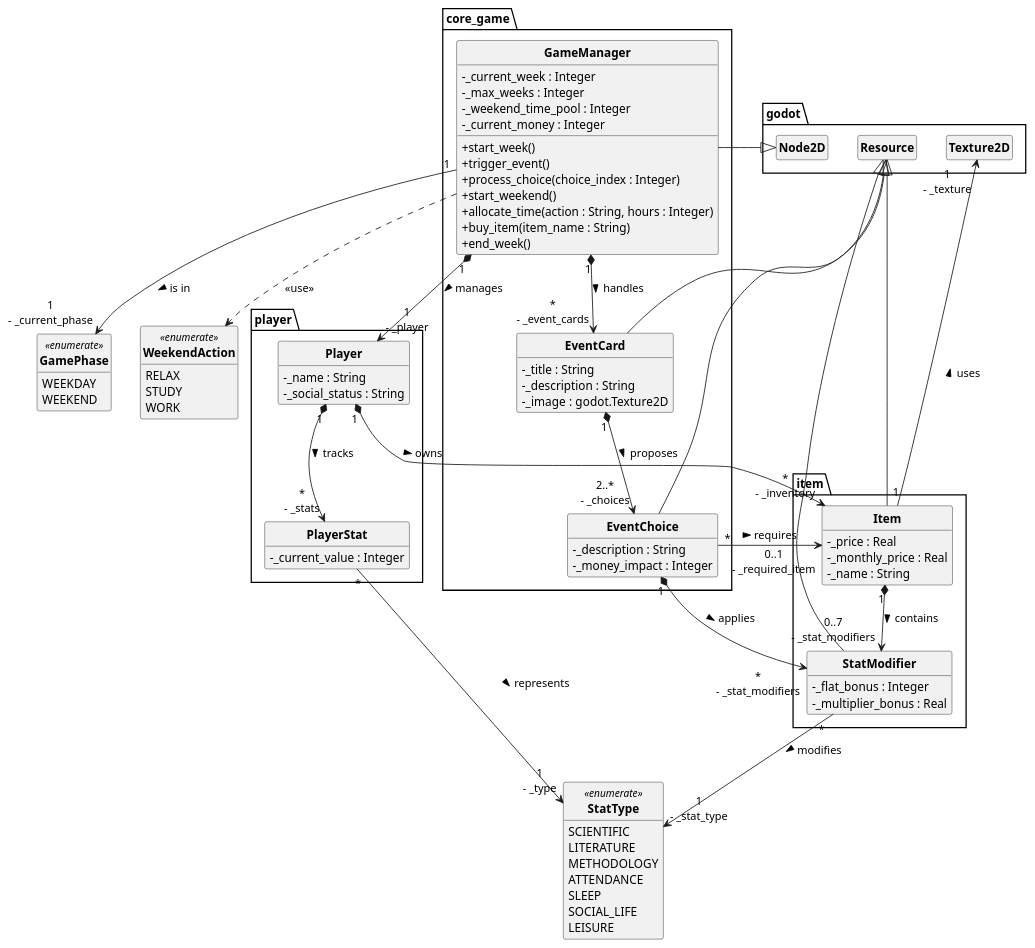
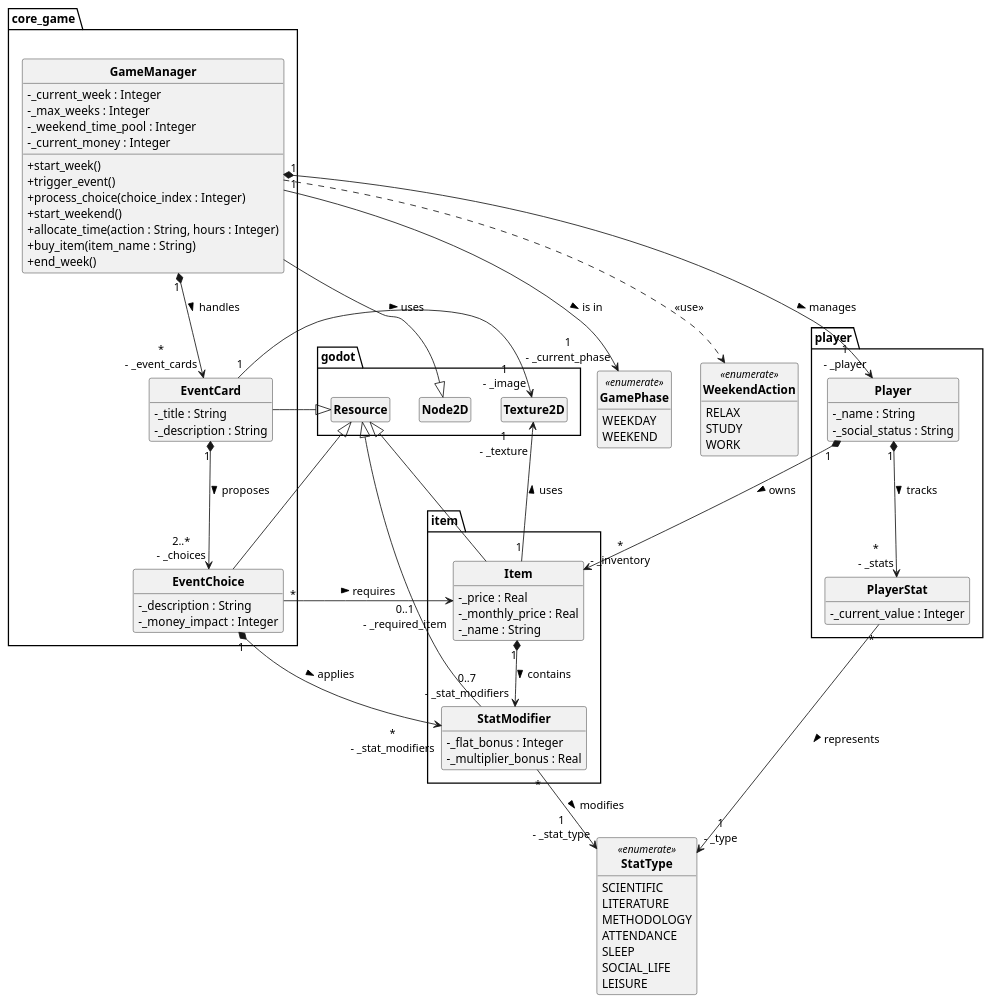
Before and after one commit to AgentOutsiders/CramptoGame: the diagram in cramptogame.puml, drawn with PlantUML.

Commit message:
rectify uml

```diff
--- a/cramptogame.puml
+++ b/cramptogame.puml
@@ -1,113 +1,113 @@
 @startuml CramptoGame
 skinparam classAttributeIconSize 0
 skinparam classFontStyle Bold
 skinparam style strictuml
 hide empty members
 
 ' Package contenant les éléments natifs de Godot
 package godot {
     class Resource
     class Node2D
     class Texture2D
 }
 
 enum StatType <<enumerate>> {
     SCIENTIFIC
     LITERATURE
     METHODOLOGY
     ATTENDANCE
     SLEEP
     SOCIAL_LIFE
     LEISURE
 }
 
 enum GamePhase <<enumerate>> {
     WEEKDAY
     WEEKEND
 }
 
 enum WeekendAction <<enumerate>> {
     RELAX
     STUDY
     WORK
 }
 
 package item {
     class Item extends godot.Resource {
         - _price : Real
         - _monthly_price : Real
         - _name : String
     }
 
     class StatModifier extends godot.Resource {
         - _flat_bonus : Integer
         - _multiplier_bonus : Real
     }
 
     Item "1" *--> "0..7\n- _stat_modifiers" StatModifier : contains >
     Item "1" --> "1\n- _texture" godot.Texture2D : uses >
     StatModifier "*" --> "1\n- _stat_type" StatType : modifies >
 }
 
 package player {
     class Player {
         - _name : String
         - _social_status : String
     }
     
     class PlayerStat {
         - _current_value : Integer
     }
     
     Player "1" *--> "*\n- _stats" PlayerStat : tracks >
     PlayerStat "*" --> "1\n- _type" StatType : represents >
     Player "1" *--> "*\n- _inventory" item.Item : owns >
 }
 
 package core_game {
     class GameManager extends godot.Node2D {
         - _current_week : Integer
         - _max_weeks : Integer
         - _weekend_time_pool : Integer
         - _current_money : Integer
         
         + start_week()
         + trigger_event()
         + process_choice(choice_index : Integer)
         + start_weekend()
         + allocate_time(action : String, hours : Integer)
         + buy_item(item_name : String)
         + end_week()
     }
     
     ' La carte d'événement (ex: "Un ami te propose de sortir")
     class EventCard extends godot.Resource {
         - _title : String
         - _description : String
-        - _image : godot.Texture2D
     }
 
     ' Les choix spécifique (ex: "Accepter" ou "Refuser")
     class EventChoice extends godot.Resource {
         - _description : String
         - _money_impact : Integer
     }
     
     ' Le GameManager gère le joueur et la pioche de cartes
     GameManager "1" *--> "1\n- _player" player.Player : manages >
     GameManager "1" *--> "*\n- _event_cards" EventCard : handles >
     GameManager "1" --> "1\n- _current_phase" GamePhase : is in >
     
     ' Une carte possède 2 choix ou plus (selon le type Reigns)
     EventCard "1" *--> "2..*\n- _choices" EventChoice : proposes >
+    EventCard "1" --> "1\n- _image" godot.Texture2D : uses >
     
     ' Un choix modifie potentiellement plusieurs stats (ex: +Social, -Sommeil)
     EventChoice "1" *--> "*\n- _stat_modifiers" item.StatModifier : applies >
     
     ' Un choix peut nécessiter un item spécifique pour être cliquable (0..1 car optionnel)
     EventChoice "*" --> "0..1\n- _required_item" item.Item : requires >
 }
 
 GameManager ..> WeekendAction : <<use>>
 
 @enduml
```
